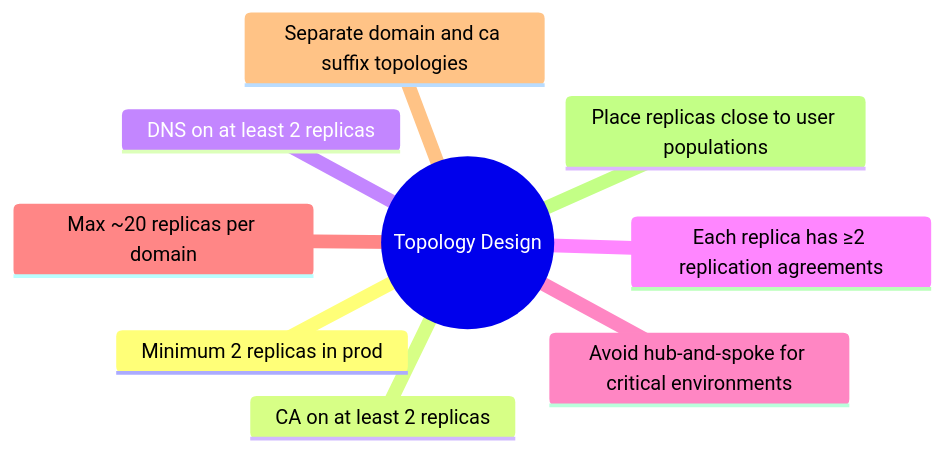
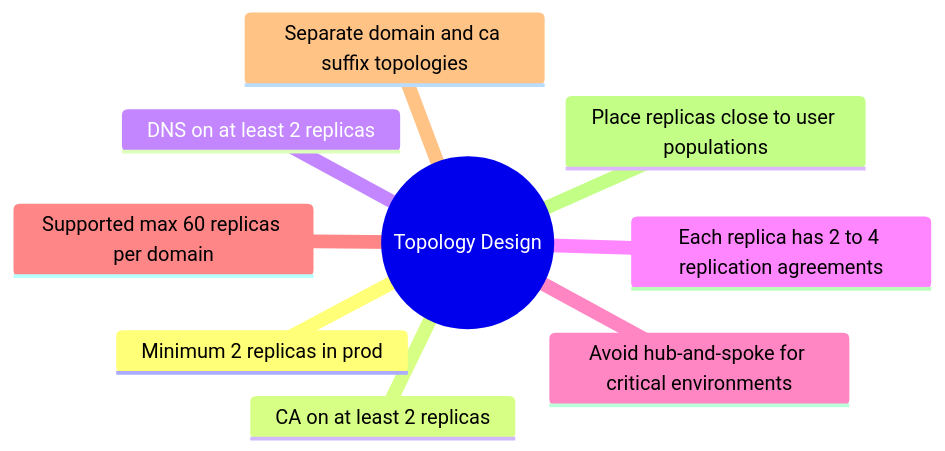
The sixth of 15 diagrams in 12_replication_topology.md (UncleJS/course_FreeIPA), drawn with Mermaid before and after one commit. The commit also changed other lines of this file and 24 other files, not shown here.

````diff
--- a/12_replication_topology.md
+++ b/12_replication_topology.md
@@ -152,12 +152,12 @@
 ```mermaid
 mindmap
     root((Topology Design))
         Minimum 2 replicas in prod
         CA on at least 2 replicas
         DNS on at least 2 replicas
-        Each replica has ≥2 replication agreements
+        Each replica has 2 to 4 replication agreements
         Avoid hub-and-spoke for critical environments
-        Max ~20 replicas per domain
+        Supported max 60 replicas per domain
         Separate domain and ca suffix topologies
         Place replicas close to user populations
 ```
````
